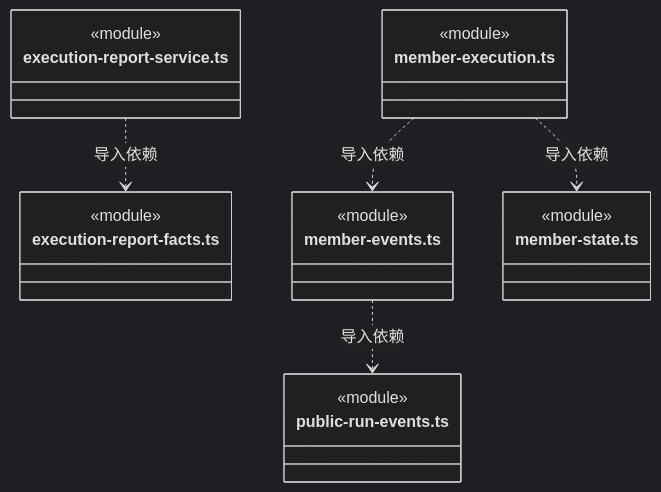
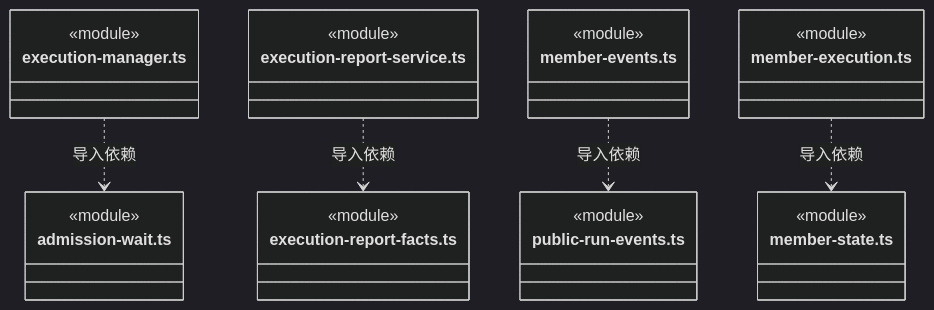
One commit to nan023062/cbim changed diagram 42 of 50 in src/backend/scheduler-engine/execution/ARCHITECTURE.md. Above: the diagram before and after it, drawn with Mermaid (dark theme). The commit also changed other lines of this file and 53 other files, not shown here.

````diff
--- a/src/backend/scheduler-engine/execution/ARCHITECTURE.md
+++ b/src/backend/scheduler-engine/execution/ARCHITECTURE.md
@@ -1115,25 +1139,31 @@
 ```mermaid
 classDiagram
+class N_src_backend_scheduler_engine_execution_execution_manager_ts["execution-manager.ts"] {
+  <<module>>
+}
+class N_src_backend_scheduler_engine_execution_admission_wait_ts["admission-wait.ts"] {
+  <<module>>
+}
 class N_src_backend_scheduler_engine_execution_execution_report_service_ts["execution-report-service.ts"] {
   <<module>>
 }
 class N_src_backend_scheduler_engine_execution_execution_report_facts_ts["execution-report-facts.ts"] {
   <<module>>
 }
 class N_src_backend_scheduler_engine_execution_member_events_ts["member-events.ts"] {
   <<module>>
 }
 class N_src_backend_scheduler_engine_execution_public_run_events_ts["public-run-events.ts"] {
   <<module>>
 }
 class N_src_backend_scheduler_engine_execution_member_execution_ts["member-execution.ts"] {
   <<module>>
 }
 class N_src_backend_scheduler_engine_execution_member_state_ts["member-state.ts"] {
   <<module>>
 }
+N_src_backend_scheduler_engine_execution_execution_manager_ts ..> N_src_backend_scheduler_engine_execution_admission_wait_ts : 导入依赖
 N_src_backend_scheduler_engine_execution_execution_report_service_ts ..> N_src_backend_scheduler_engine_execution_execution_report_facts_ts : 导入依赖
 N_src_backend_scheduler_engine_execution_member_events_ts ..> N_src_backend_scheduler_engine_execution_public_run_events_ts : 导入依赖
 N_src_backend_scheduler_engine_execution_member_execution_ts ..> N_src_backend_scheduler_engine_execution_member_state_ts : 导入依赖
-N_src_backend_scheduler_engine_execution_member_execution_ts ..> N_src_backend_scheduler_engine_execution_member_events_ts : 导入依赖
 ```
````
